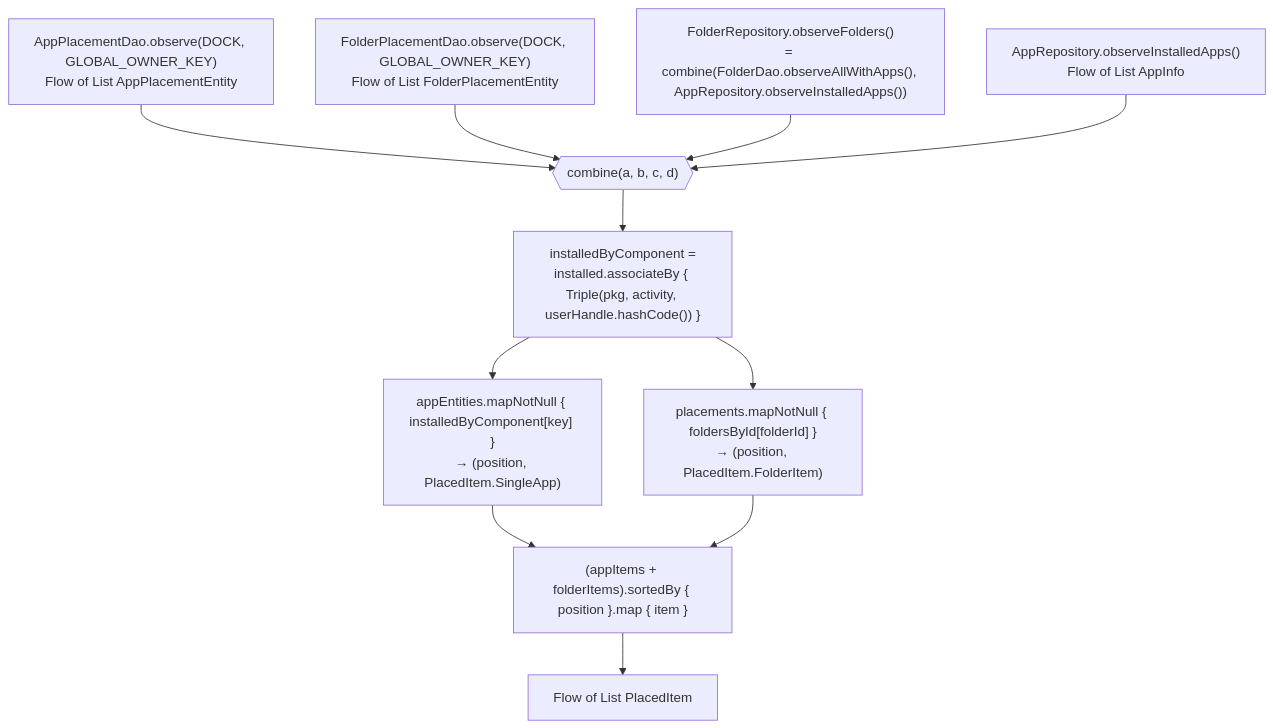
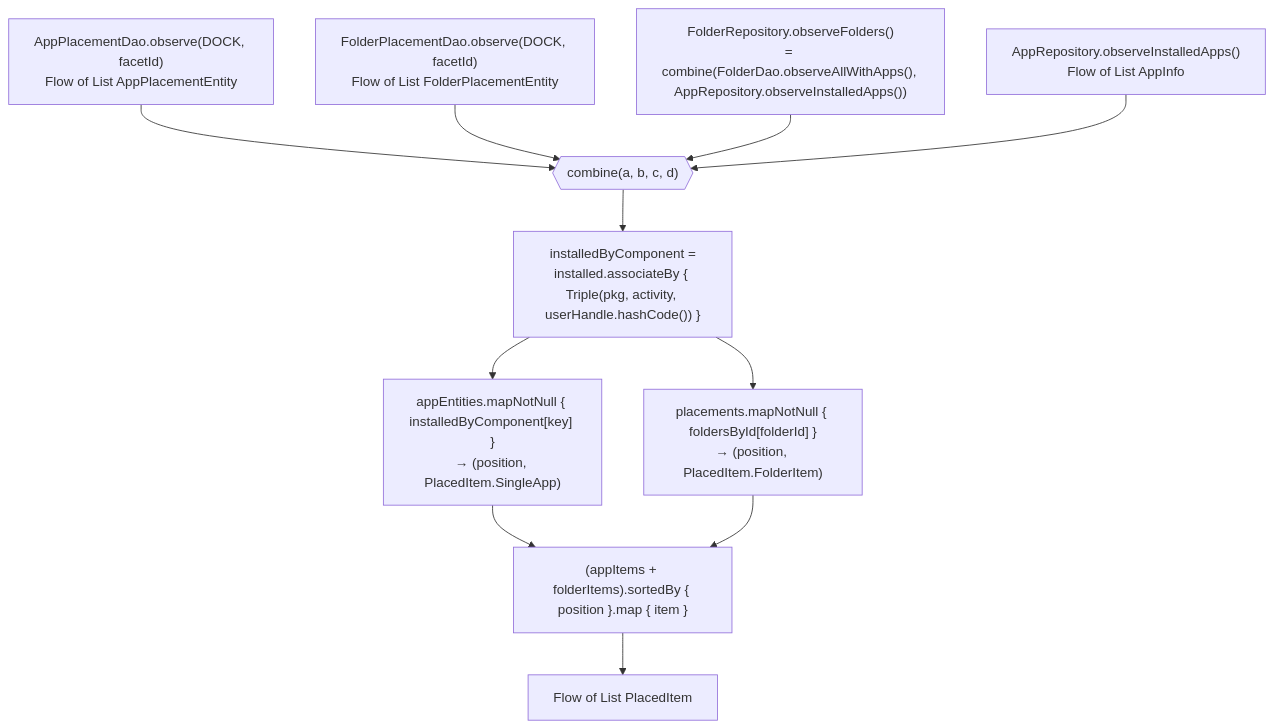
The second of 4 diagrams in docs/architecture/03-reactive-data-flow.md (rohitganjam/facet-launcher), drawn with Mermaid before and after one commit. The commit also changed other lines of this file and 86 other files, not shown here.

````diff
--- a/docs/architecture/03-reactive-data-flow.md
+++ b/docs/architecture/03-reactive-data-flow.md
@@ -92,13 +92,13 @@
 ```mermaid
 flowchart TB
-    DAO1["AppPlacementDao.observe(DOCK, GLOBAL_OWNER_KEY)\nFlow of List AppPlacementEntity"] --> C
-    DAO2["FolderPlacementDao.observe(DOCK, GLOBAL_OWNER_KEY)\nFlow of List FolderPlacementEntity"] --> C
+    DAO1["AppPlacementDao.observe(DOCK, facetId)\nFlow of List AppPlacementEntity"] --> C
+    DAO2["FolderPlacementDao.observe(DOCK, facetId)\nFlow of List FolderPlacementEntity"] --> C
     FR["FolderRepository.observeFolders()\n= combine(FolderDao.observeAllWithApps(), AppRepository.observeInstalledApps())"] --> C
     AR["AppRepository.observeInstalledApps()\nFlow of List AppInfo"] --> C
     C{{"combine(a, b, c, d)"}} --> IDX["installedByComponent =\ninstalled.associateBy { Triple(pkg, activity, userHandle.hashCode()) }"]
     IDX --> APPS["appEntities.mapNotNull { installedByComponent[key] }\n→ (position, PlacedItem.SingleApp)"]
     IDX --> FOLD["placements.mapNotNull { foldersById[folderId] }\n→ (position, PlacedItem.FolderItem)"]
     APPS --> MERGE["(appItems + folderItems).sortedBy { position }.map { item }"]
     FOLD --> MERGE
     MERGE --> OUT["Flow of List PlacedItem"]
 ```
````
